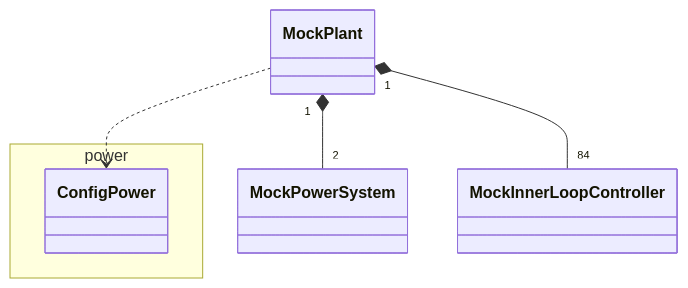
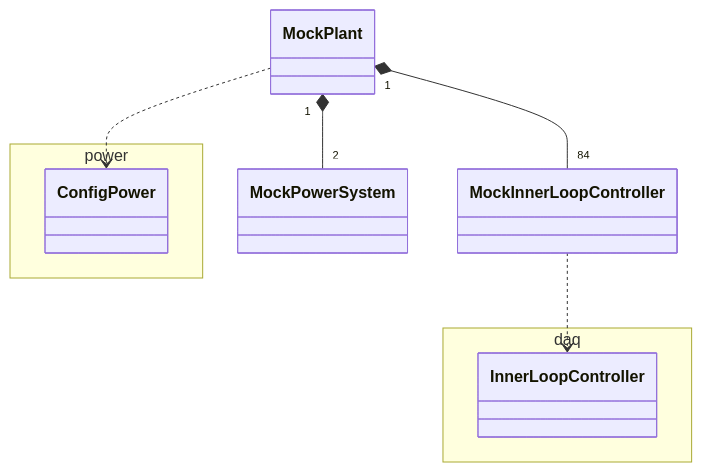
One commit to lsst-ts/ts_mtm2_controller changed the eighth of 8 diagrams in doc/class_diagram.md. Above: the diagram before and after it, drawn with Mermaid. The commit also changed other lines of this file, not shown here.

````diff
--- a/doc/class_diagram.md
+++ b/doc/class_diagram.md
@@ -337,11 +342,17 @@
 ```mermaid
 classDiagram
+
+namespace daq {
+  class InnerLoopController
+}
 
 namespace power {
   class ConfigPower
 }
 
 MockPlant ..> ConfigPower
 MockPlant "1" *-- "2" MockPowerSystem
 MockPlant "1" *-- "84" MockInnerLoopController
+
+MockInnerLoopController ..> InnerLoopController
 ```
````
